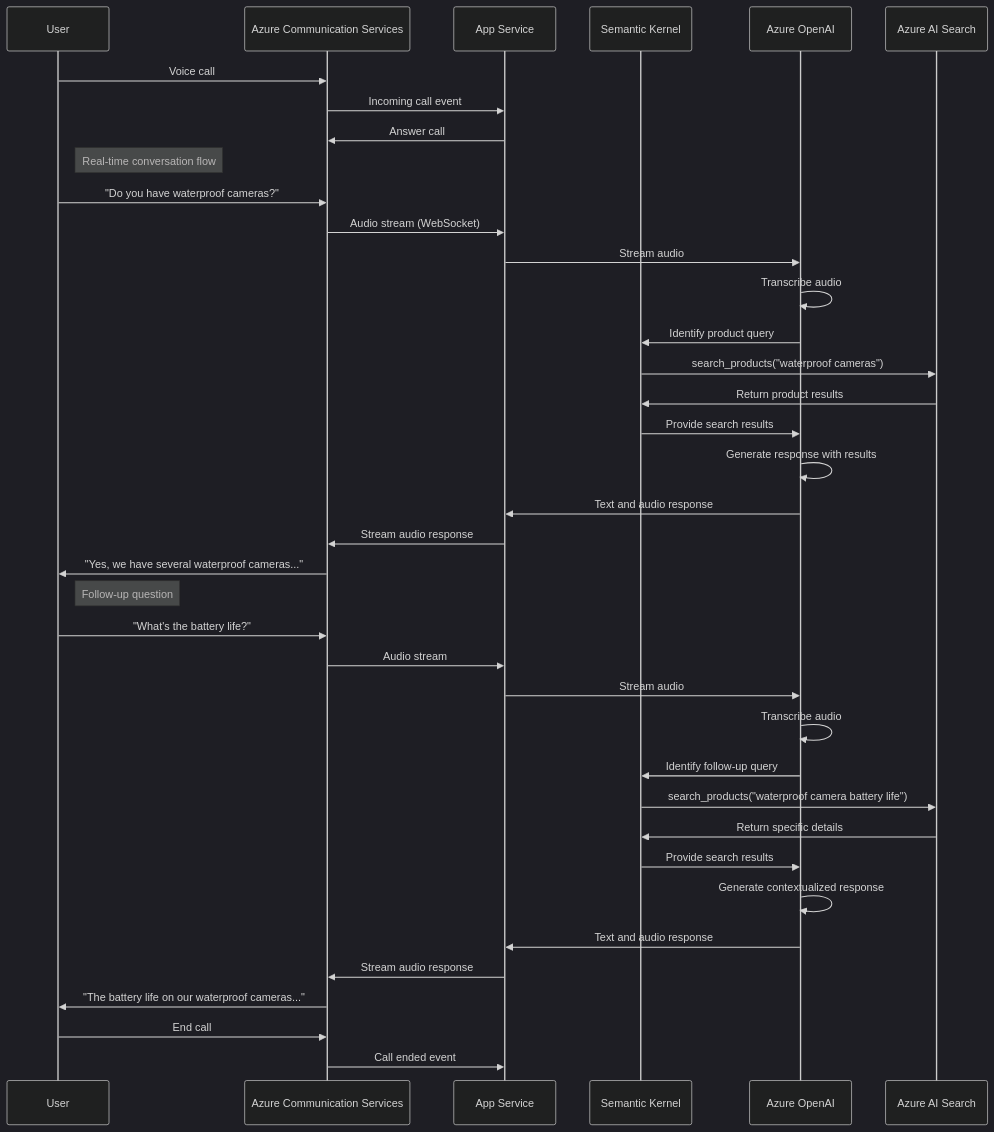
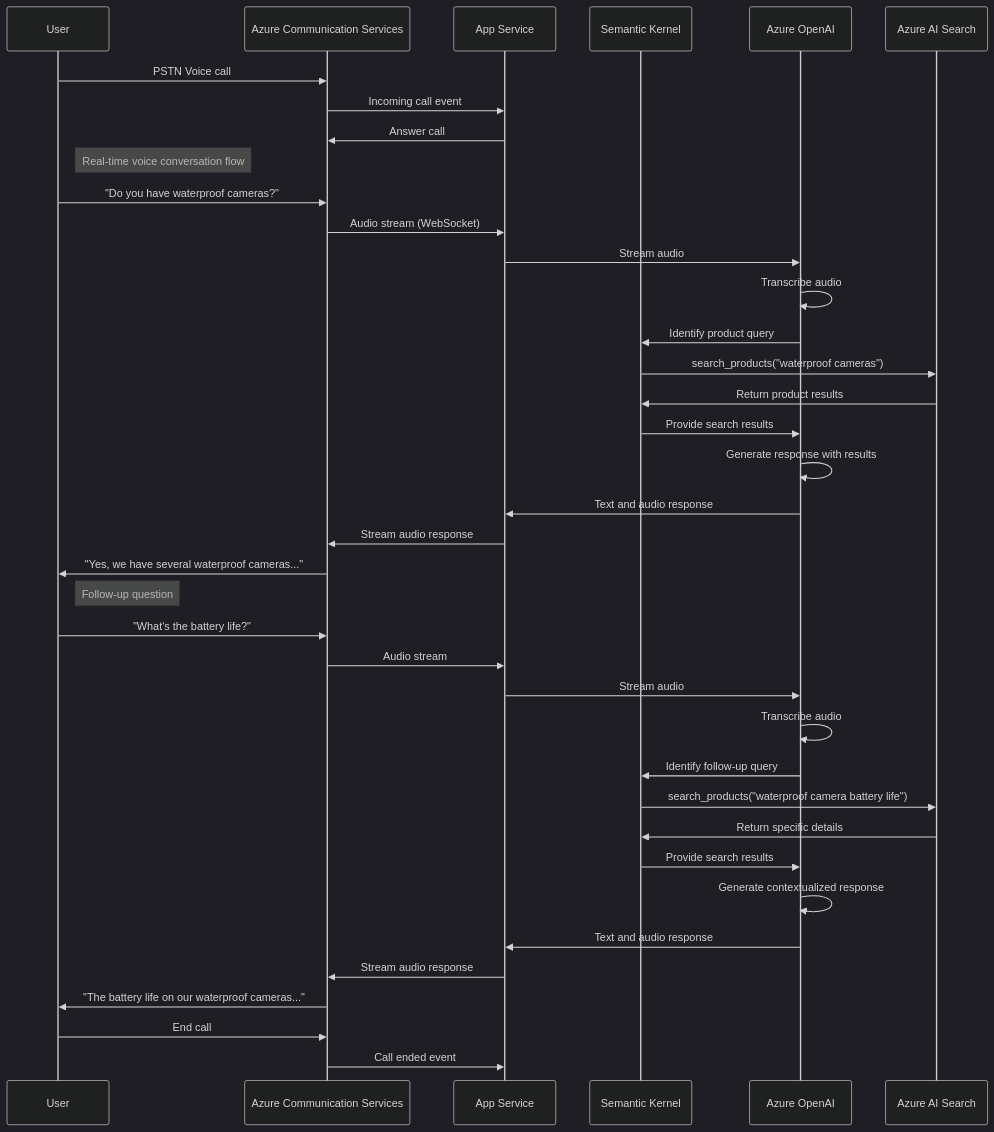
The diagram in rag-flow.mmd (oradcliffe/realtime-phone-agent), drawn with Mermaid (dark theme) before and after one commit.

Commit message:
updated rag flow

```diff
--- a/rag-flow.mmd
+++ b/rag-flow.mmd
@@ -1,42 +1,42 @@
 sequenceDiagram
     participant User
     participant ACS as Azure Communication Services
     participant App as App Service
     participant SK as Semantic Kernel
     participant AOI as Azure OpenAI
     participant Search as Azure AI Search
 
-    User->>ACS: Voice call
+    User->>ACS: PSTN Voice call
     ACS->>App: Incoming call event
     App->>ACS: Answer call
     
-    note right of User: Real-time conversation flow
+    note right of User: Real-time voice conversation flow
     User->>ACS: "Do you have waterproof cameras?"
     ACS->>App: Audio stream (WebSocket)
     App->>AOI: Stream audio
     AOI->>AOI: Transcribe audio
     AOI->>SK: Identify product query
     SK->>Search: search_products("waterproof cameras")
     Search->>SK: Return product results
     SK->>AOI: Provide search results
     AOI->>AOI: Generate response with results
     AOI->>App: Text and audio response
     App->>ACS: Stream audio response
     ACS->>User: "Yes, we have several waterproof cameras..."
     
     note right of User: Follow-up question
     User->>ACS: "What's the battery life?"
     ACS->>App: Audio stream
     App->>AOI: Stream audio
     AOI->>AOI: Transcribe audio
     AOI->>SK: Identify follow-up query
     SK->>Search: search_products("waterproof camera battery life")
     Search->>SK: Return specific details
     SK->>AOI: Provide search results
     AOI->>AOI: Generate contextualized response
     AOI->>App: Text and audio response
     App->>ACS: Stream audio response
     ACS->>User: "The battery life on our waterproof cameras..."
     
     User->>ACS: End call
     ACS->>App: Call ended event
```
